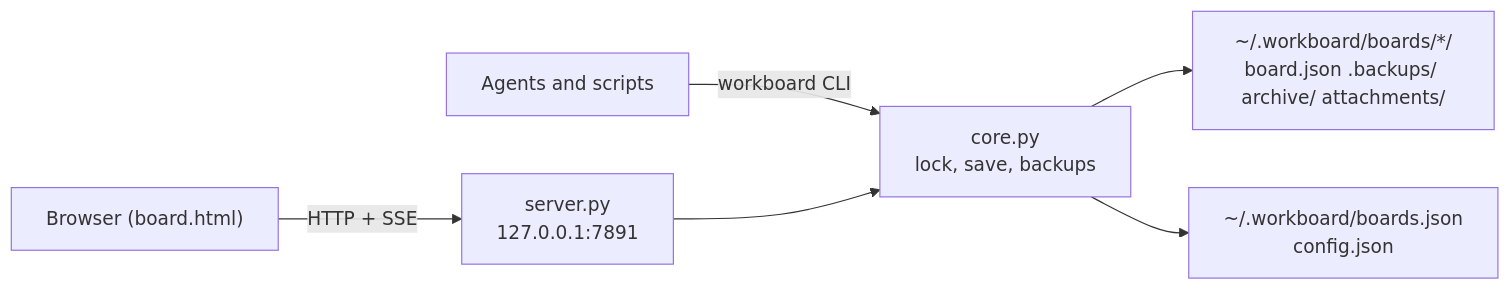
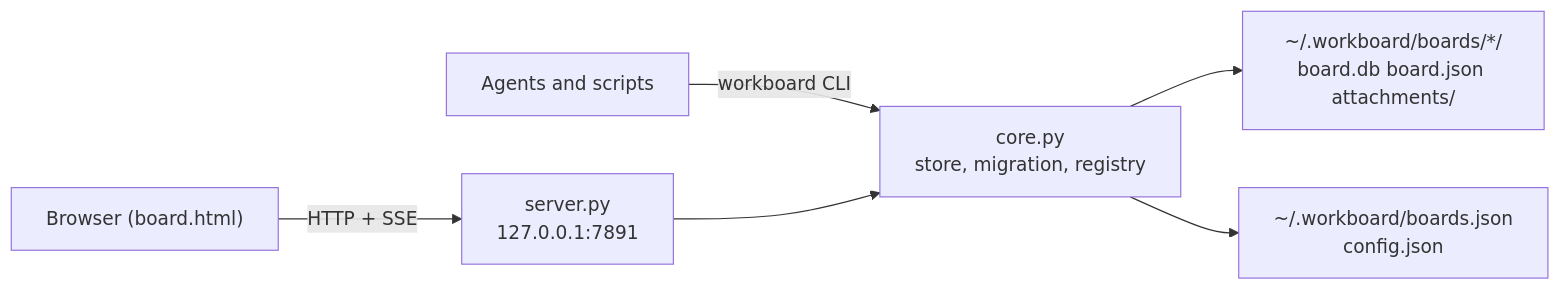
The diagram in docs/architecture.md (Paliverse/workboard), drawn with Mermaid before and after one commit. The commit also changed other lines of this file and 37 other files, not shown here.

Commit message:
Milliseconds and less to learn: SQLite store per board, usage log, call vocabulary with help and fixes, delta sync in the browser, approved cuts

````diff
--- a/docs/architecture.md
+++ b/docs/architecture.md
@@ -5,8 +5,8 @@
 ```mermaid
 flowchart LR
   agent["Agents and scripts"] -- "workboard CLI" --> core
   browser["Browser (board.html)"] -- "HTTP + SSE" --> server["server.py<br/>127.0.0.1:7891"]
-  server --> core["core.py<br/>lock, save, backups"]
-  core --> files["~/.workboard/boards/*/<br/>board.json .backups/ archive/ attachments/"]
+  server --> core["core.py<br/>store, migration, registry"]
+  core --> files["~/.workboard/boards/*/<br/>board.db board.json attachments/"]
   core --> home["~/.workboard/boards.json<br/>config.json"]
 ```
````
